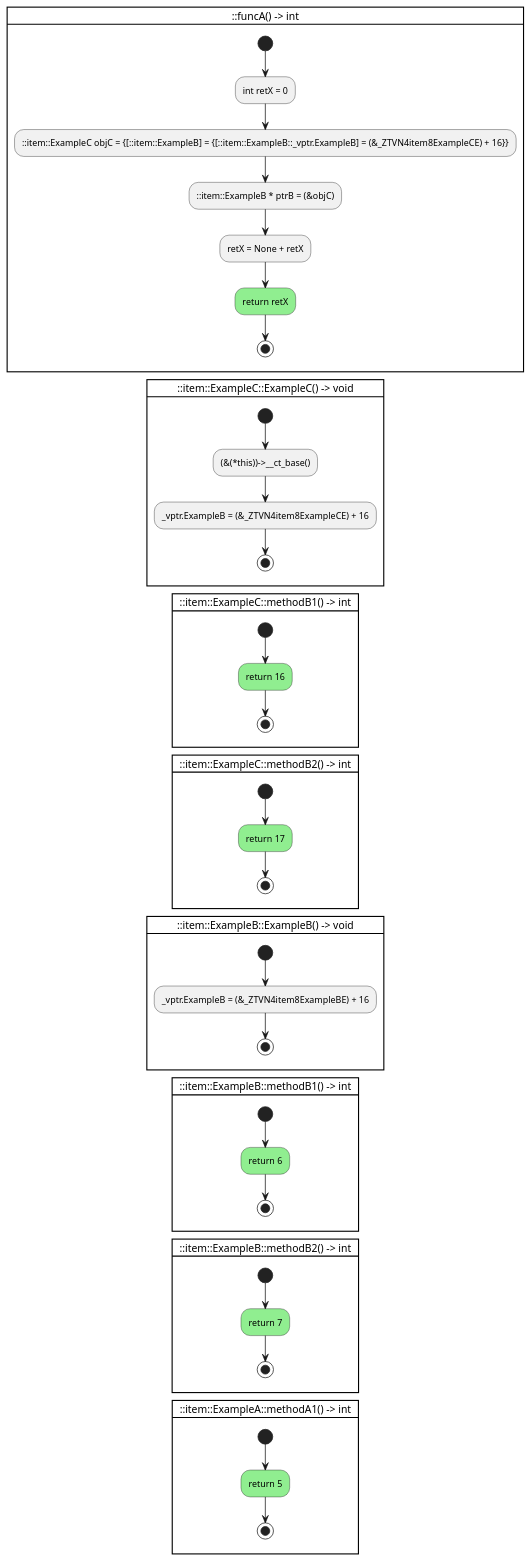
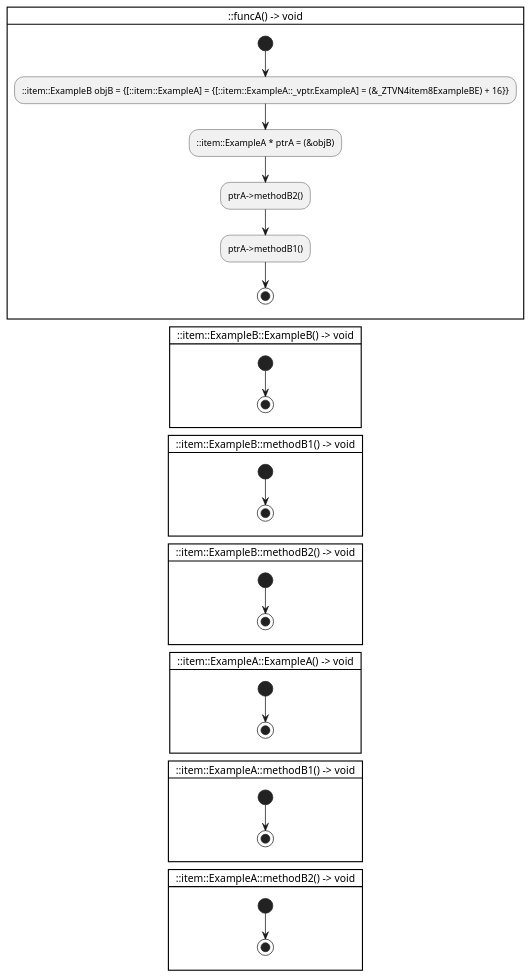
The diagram in examples/ctrlflowgraph/ctrl_ptr.cpp.puml (anetczuk/gcc-uml), drawn with PlantUML before and after one commit. The commit also changed 9 other files, not shown here.

```diff
--- a/examples/ctrlflowgraph/ctrl_ptr.cpp.puml
+++ b/examples/ctrlflowgraph/ctrl_ptr.cpp.puml
@@ -1,57 +1,43 @@
 @startuml
 
-card "::funcA() -> int" {
+card "::funcA() -> void" {
     start
-    :int retX = 0;
-    :::item::ExampleC objC = {[::item::ExampleB] = {[::item::ExampleB::_vptr.ExampleB] = (&_ZTVN4item8ExampleCE) + 16}};
-    :::item::ExampleB * ptrB = (&objC);
-    :retX = None + retX;
-    #lightgreen:return retX;
-    stop
-}
-
-card "::item::ExampleC::ExampleC() -> void" {
-    start
-    :(&(*this))->__ct_base();
-    :_vptr.ExampleB = (&_ZTVN4item8ExampleCE) + 16;
-    stop
-}
-
-card "::item::ExampleC::methodB1() -> int" {
-    start
-    #lightgreen:return 16;
-    stop
-}
-
-card "::item::ExampleC::methodB2() -> int" {
-    start
-    #lightgreen:return 17;
+    :::item::ExampleB objB = {[::item::ExampleA] = {[::item::ExampleA::_vptr.ExampleA] = (&_ZTVN4item8ExampleBE) + 16}};
+    :::item::ExampleA * ptrA = (&objB);
+    :ptrA->methodB2();
+    :ptrA->methodB1();
     stop
 }
 
 card "::item::ExampleB::ExampleB() -> void" {
     start
-    :_vptr.ExampleB = (&_ZTVN4item8ExampleBE) + 16;
     stop
 }
 
-card "::item::ExampleB::methodB1() -> int" {
+card "::item::ExampleB::methodB1() -> void" {
     start
-    #lightgreen:return 6;
     stop
 }
 
-card "::item::ExampleB::methodB2() -> int" {
+card "::item::ExampleB::methodB2() -> void" {
     start
-    #lightgreen:return 7;
     stop
 }
 
-card "::item::ExampleA::methodA1() -> int" {
+card "::item::ExampleA::ExampleA() -> void" {
     start
-    #lightgreen:return 5;
+    stop
+}
+
+card "::item::ExampleA::methodB1() -> void" {
+    start
+    stop
+}
+
+card "::item::ExampleA::methodB2() -> void" {
+    start
     stop
 }
 
 
 @enduml
```
